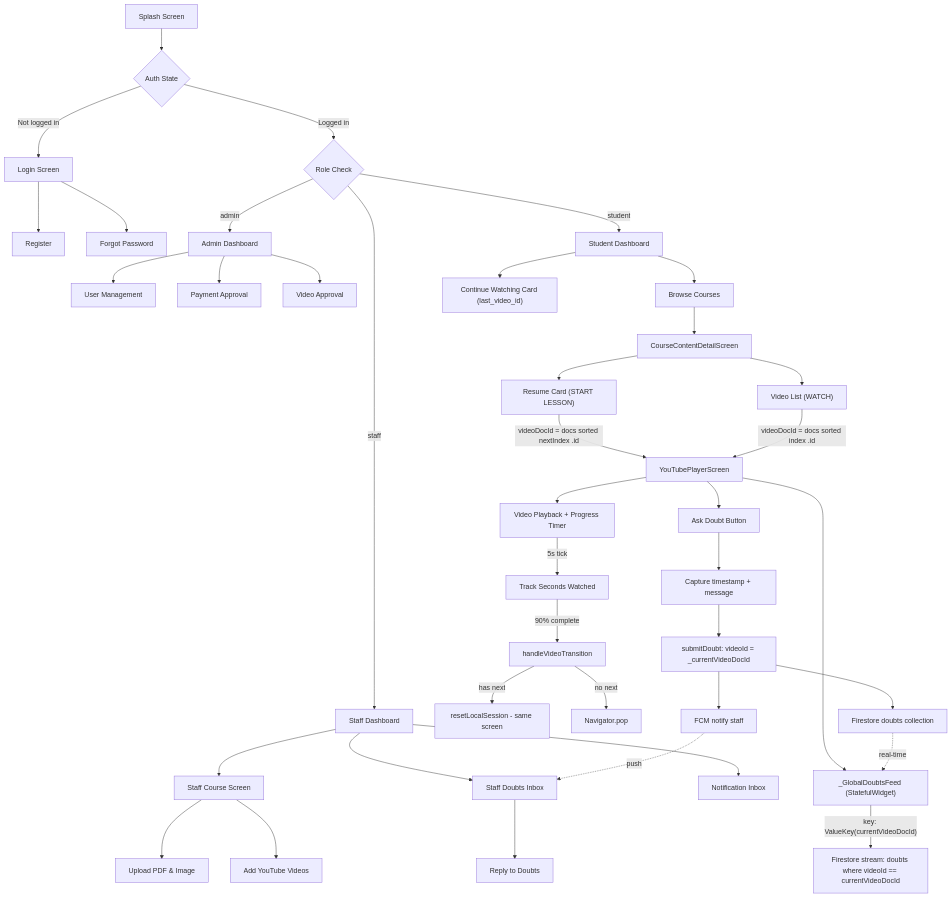
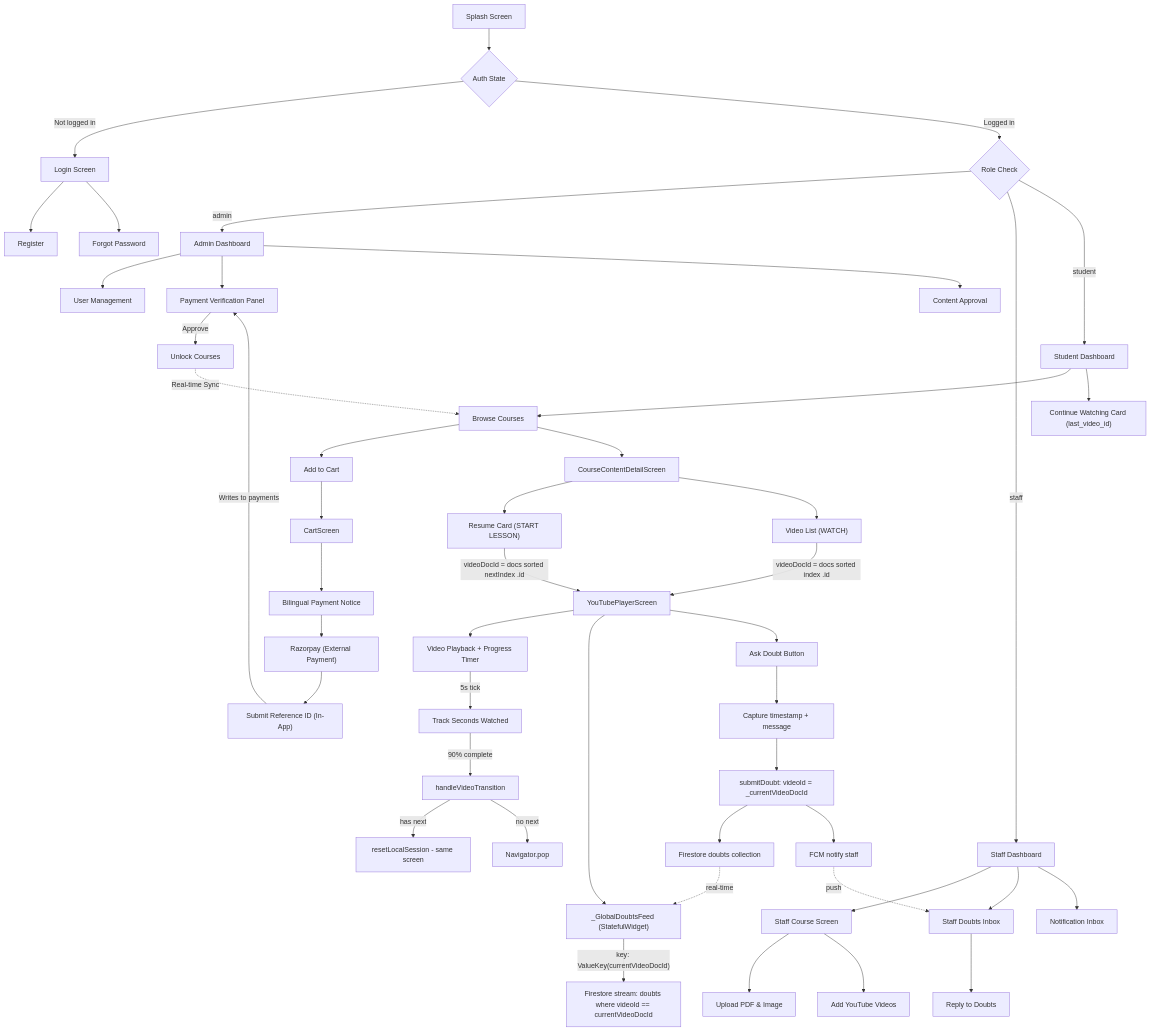
Before and after one commit to Vinothkumar0311/Vaagai_app: the diagram in README.md, drawn with Mermaid. The commit also changed other lines of this file and 14 other files, not shown here.

Commit message:
Update the payment links and flows updation

````diff
--- a/README.md
+++ b/README.md
@@ -456,51 +492,60 @@
 ```mermaid
 graph TD
     A[Splash Screen] --> B{Auth State}
     B -->|Not logged in| C[Login Screen]
     C --> D[Register] & E[Forgot Password]
     B -->|Logged in| F{Role Check}
 
     F -->|admin| G[Admin Dashboard]
     F -->|staff| H[Staff Dashboard]
     F -->|student| I[Student Dashboard]
 
     G --> G1[User Management]
-    G --> G2[Payment Approval]
-    G --> G3[Video Approval]
+    G --> G2[Payment Verification Panel]
+    G --> G3[Content Approval]
+    G2 -->|Approve| G4[Unlock Courses]
 
     H --> H1[Staff Course Screen]
     H1 --> H2[Upload PDF & Image]
     H1 --> H3[Add YouTube Videos]
     H --> H4[Staff Doubts Inbox]
     H4 --> H5[Reply to Doubts]
     H --> H6[Notification Inbox]
 
     I --> I1[Browse Courses]
     I --> I2["Continue Watching Card (last_video_id)"]
+    I1 --> IC["Add to Cart"]
+    IC --> IS[CartScreen]
+    
+    IS --> IP["Bilingual Payment Notice"]
+    IP --> IR["Razorpay (External Payment)"]
+    IR --> IV["Submit Reference ID (In-App)"]
+    IV -->|Writes to payments| G2
+
     I1 --> I3[CourseContentDetailScreen]
-
     I3 --> I4["Resume Card (START LESSON)"]
     I3 --> I5["Video List (WATCH)"]
 
     I4 -->|videoDocId = docs sorted nextIndex .id| I6
     I5 -->|videoDocId = docs sorted index .id| I6
 
     I6[YouTubePlayerScreen]
     I6 --> I7[Video Playback + Progress Timer]
     I7 -->|5s tick| I8[Track Seconds Watched]
     I8 -->|90% complete| I9[handleVideoTransition]
     I9 -->|has next| I10[resetLocalSession - same screen]
     I9 -->|no next| I11[Navigator.pop]
 
     I6 --> I12["_GlobalDoubtsFeed (StatefulWidget)"]
     I12 -->|"key: ValueKey(currentVideoDocId)"| I13["Firestore stream: doubts where videoId == currentVideoDocId"]
 
     I6 --> I14[Ask Doubt Button]
     I14 --> I15[Capture timestamp + message]
     I15 --> I16["submitDoubt: videoId = _currentVideoDocId"]
     I16 --> I17[Firestore doubts collection]
     I16 --> I18[FCM notify staff]
 
     I17 -.->|real-time| I12
     I18 -.->|push| H4
+    G4 -.->|Real-time Sync| I1
 ```
````
